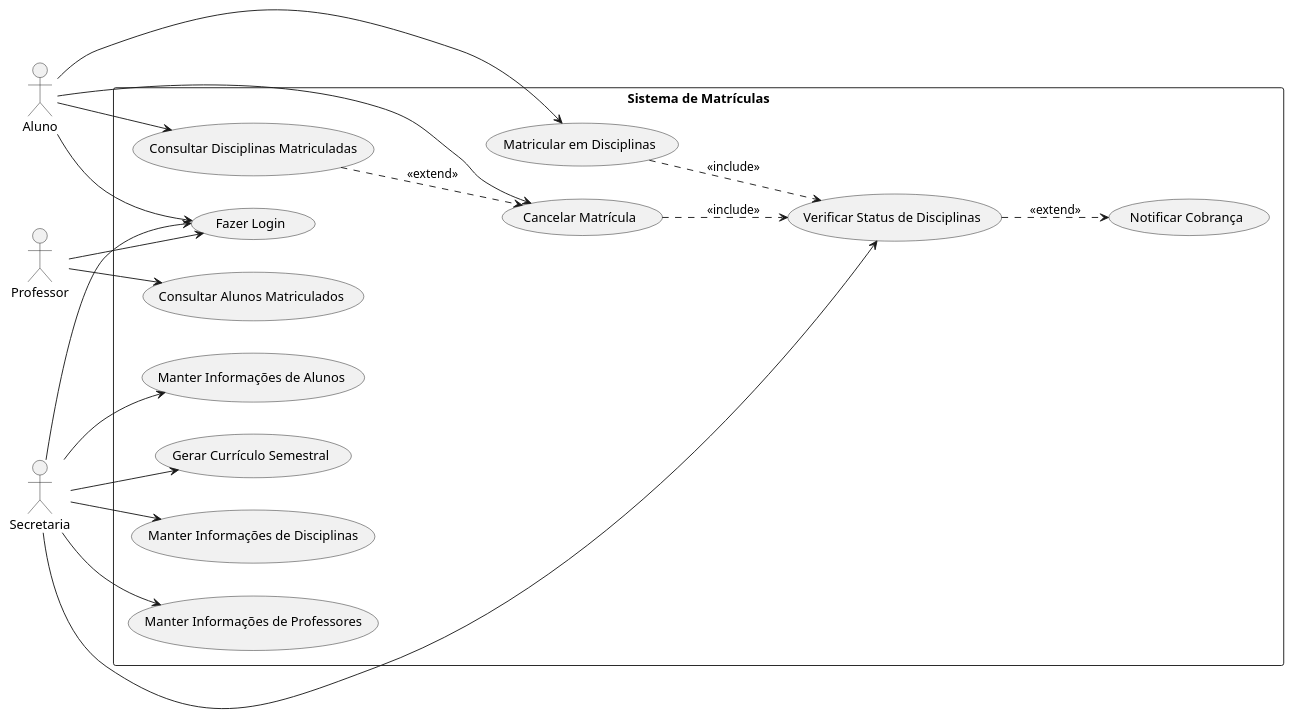
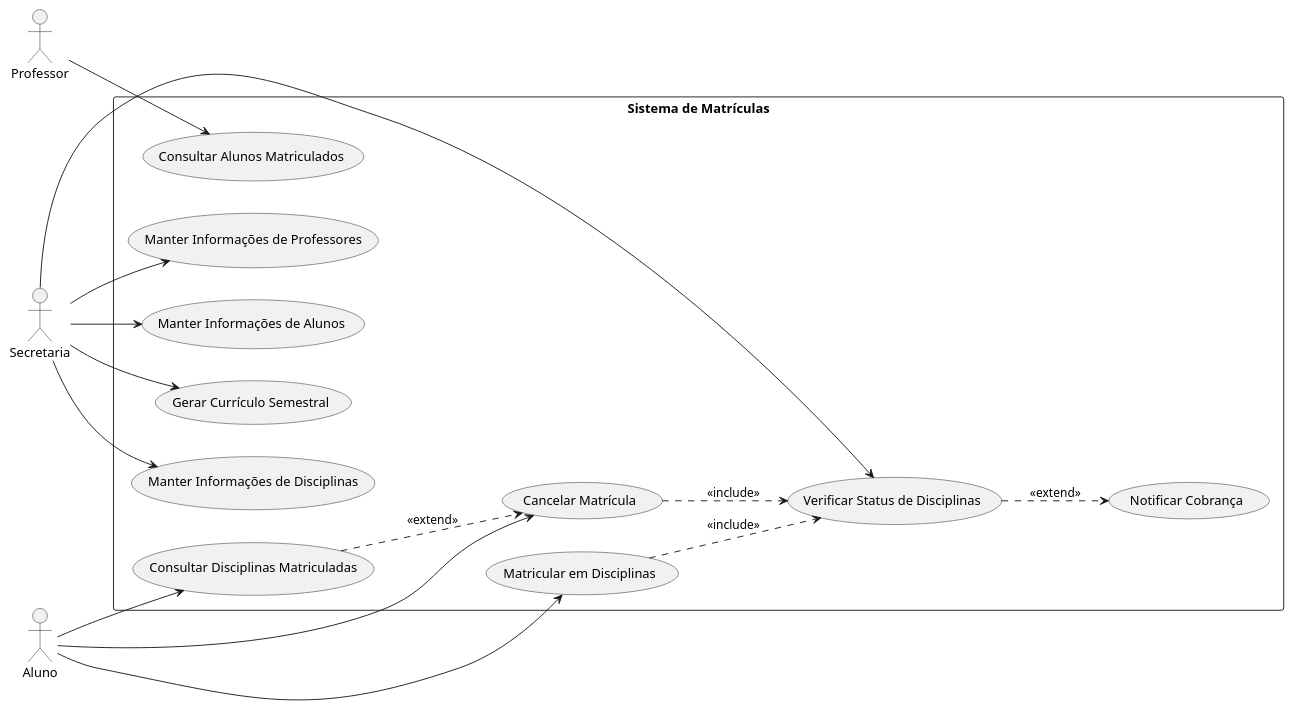
Before and after one commit to dmelo10/LDS: the diagram in README.md, drawn with PlantUML.

````diff
--- a/README.md
+++ b/README.md
@@ -47,44 +47,40 @@
 ```plantuml
 @startuml
 left to right direction
 actor Aluno
 actor Professor
 actor Secretaria
 
 rectangle "Sistema de Matrículas" {
-  usecase "Fazer Login" as UC1
   usecase "Matricular em Disciplinas" as UC2
   usecase "Cancelar Matrícula" as UC3
   usecase "Consultar Disciplinas Matriculadas" as UC4
   usecase "Gerar Currículo Semestral" as UC5
   usecase "Manter Informações de Disciplinas" as UC6
   usecase "Manter Informações de Professores" as UC7
   usecase "Manter Informações de Alunos" as UC8
   usecase "Verificar Status de Disciplinas" as UC9
   usecase "Consultar Alunos Matriculados" as UC10
   usecase "Notificar Cobrança" as UC11
 }
 
-Aluno --> UC1
 Aluno --> UC2
 Aluno --> UC3
 Aluno --> UC4
 
-Professor --> UC1
 Professor --> UC10
 
-Secretaria --> UC1
 Secretaria --> UC5
 Secretaria --> UC6
 Secretaria --> UC7
 Secretaria --> UC8
 Secretaria --> UC9
 
 UC2 ..> UC9 : <<include>>
 UC3 ..> UC9 : <<include>>
 UC9 ..> UC11 : <<extend>>
 UC4 ..> UC3 : <<extend>>
 
 
 @enduml
 ```
````
